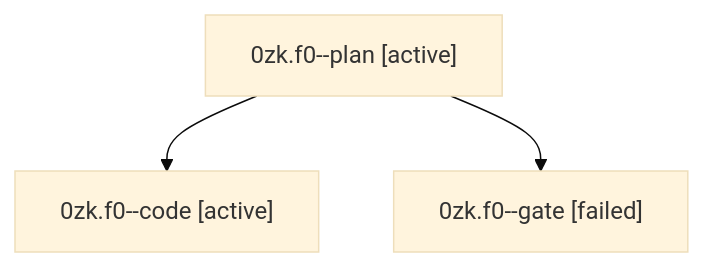
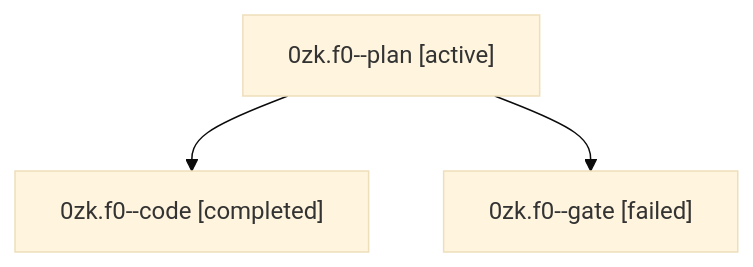
One commit to bobs-org/bob-cli--agents changed the diagram in sessions/bbugyi200.athena.0zk.f0.md. Above: the diagram before and after it, drawn with Mermaid (base theme). The commit also changed other lines of this file and 31 other files, not shown here.

````diff
--- a/sessions/bbugyi200.athena.0zk.f0.md
+++ b/sessions/bbugyi200.athena.0zk.f0.md
@@ -9,8 +9,8 @@
 ```mermaid
 flowchart TD
   n0["0zk.f0--plan [active]"]
-  n1["0zk.f0--code [active]"]
+  n1["0zk.f0--code [completed]"]
   n0 --> n1
   n2["0zk.f0--gate [failed]"]
   n0 --> n2
 ```
````
